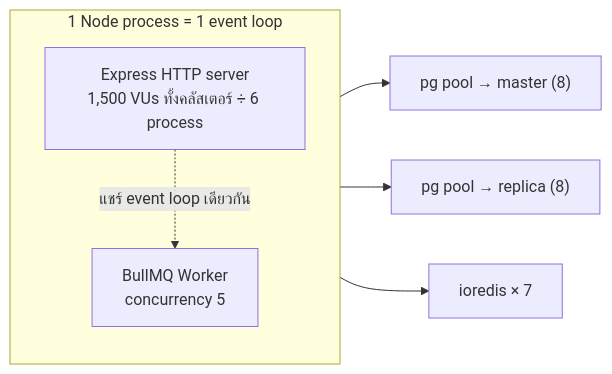
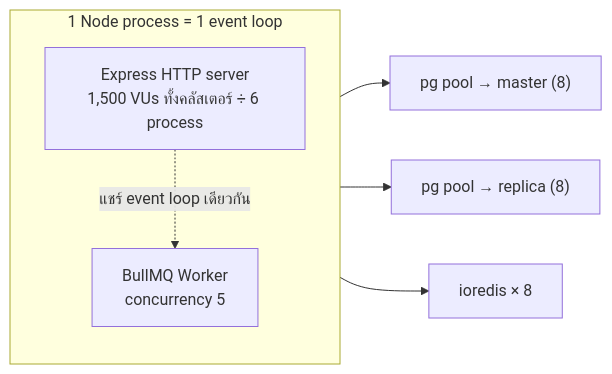
The second of 7 diagrams in docs/Codebase/All_in_one/codebase-guide.md (tophbeifong123/mini-project-backend-mobile), drawn with Mermaid before and after one commit. The commit also changed other lines of this file and 7 other files, not shown here.

````diff
--- a/docs/Codebase/All_in_one/codebase-guide.md
+++ b/docs/Codebase/All_in_one/codebase-guide.md
@@ -85,11 +86,11 @@
 ```mermaid
 flowchart LR
     subgraph P["1 Node process = 1 event loop"]
         HTTP["Express HTTP server<br/>1,500 VUs ทั้งคลัสเตอร์ ÷ 6 process"]
         W["BullMQ Worker<br/>concurrency 5"]
         HTTP -.->|"แชร์ event loop เดียวกัน"| W
     end
     P --> POOL1["pg pool → master (8)"]
     P --> POOL2["pg pool → replica (8)"]
-    P --> R["ioredis × 7"]
+    P --> R["ioredis × 8"]
 ```
````
